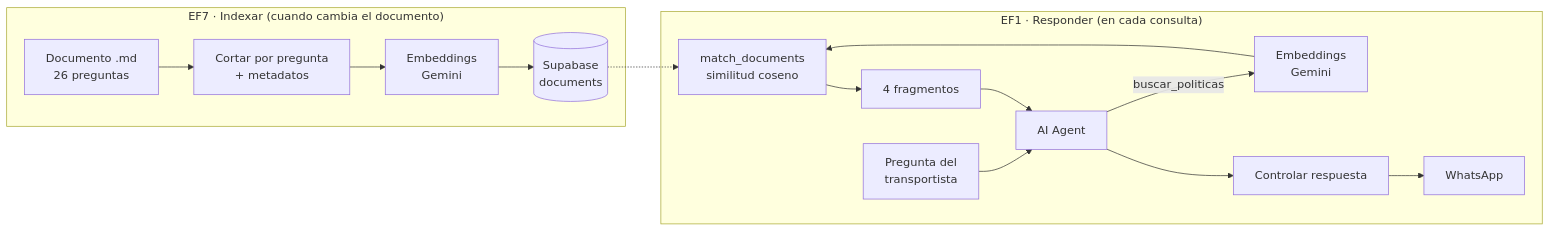
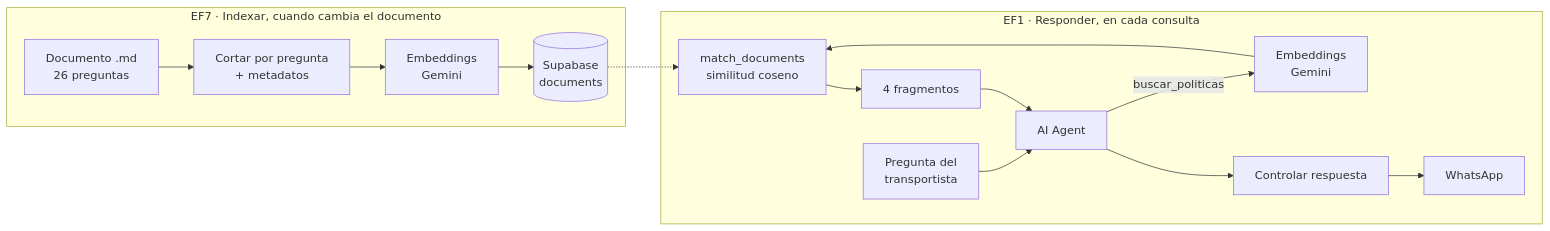
One commit to FacundoZavalla99/atencion-transportistas changed the second of 2 diagrams in README.md. Above: the diagram before and after it, drawn with Mermaid.

Commit message:
README: títulos de subgrafos compatibles con Mermaid
Claude-Session: https://claude.ai/code/session_01EaoccaR71L7RwvkE5Q6ea4

````diff
--- a/README.md
+++ b/README.md
@@ -130,10 +130,10 @@
 ```mermaid
 flowchart LR
-  subgraph "EF7 · Indexar (cuando cambia el documento)"
+  subgraph IDX["EF7 · Indexar, cuando cambia el documento"]
     D["Documento .md<br/>26 preguntas"] --> C["Cortar por pregunta<br/>+ metadatos"] --> E1["Embeddings<br/>Gemini"] --> S[("Supabase<br/>documents")]
   end
-  subgraph "EF1 · Responder (en cada consulta)"
+  subgraph RESP["EF1 · Responder, en cada consulta"]
     P["Pregunta del<br/>transportista"] --> A["AI Agent"] -- "buscar_politicas" --> E2["Embeddings<br/>Gemini"] --> M["match_documents<br/>similitud coseno"] --> F["4 fragmentos"] --> A --> K["Controlar respuesta"] --> W["WhatsApp"]
   end
   S -.-> M
 ```
````
